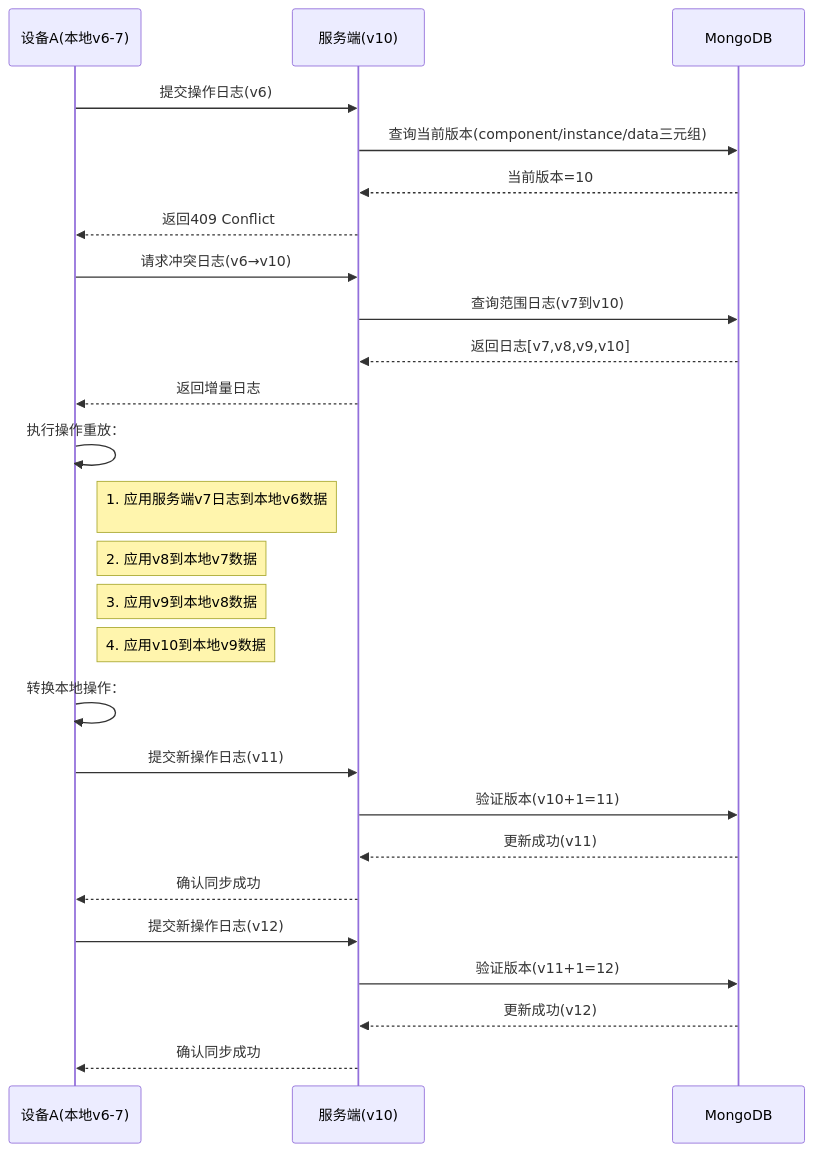
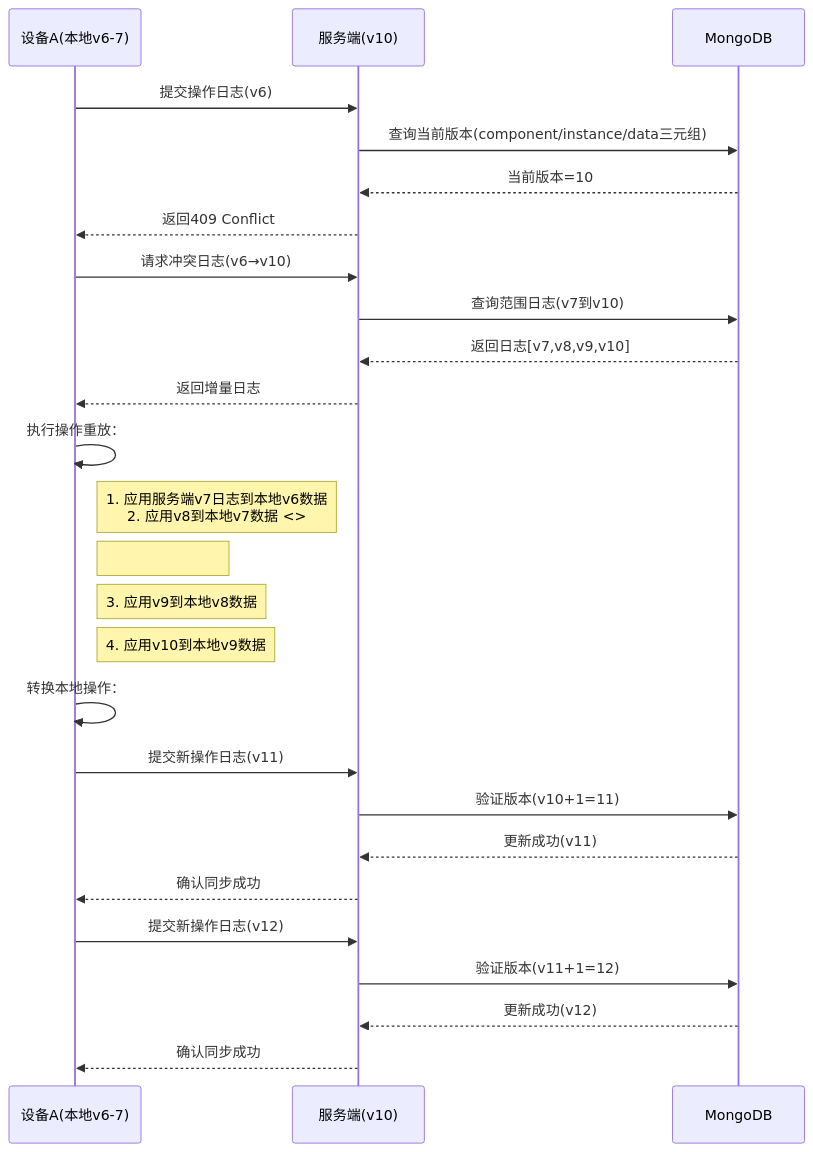
The diagram in all/未命名-26.md (yingjianzh/iodraw-files), drawn with Mermaid before and after one commit.

Commit message:
2025-02-26 16:21:04 update

````diff
--- a/all/未命名-26.md
+++ b/all/未命名-26.md
@@ -1,41 +1,41 @@
 ```mermaid
 sequenceDiagram
     participant A as 设备A(本地v6-7)
     participant S as 服务端(v10)
     participant DB as MongoDB
 
     %% 初始同步尝试
     A->>S: 提交操作日志(v6)
     S->>DB: 查询当前版本(component/instance/data三元组)
     DB-->>S: 当前版本=10
     S-->>A: 返回409 Conflict
 
     %% 冲突解决阶段
     A->>S: 请求冲突日志(v6→v10)
     S->>DB: 查询范围日志(v7到v10)
     DB-->>S: 返回日志[v7,v8,v9,v10]
     S-->>A: 返回增量日志
 
     %% 本地数据重建
     A->>A: 执行操作重放：
-    note right of A: 1. 应用服务端v7日志到本地v6数据 <br> 
-    note right of A: 2. 应用v8到本地v7数据
+    note right of A: 1. 应用服务端v7日志到本地v6数据 <br> 2. 应用v8到本地v7数据 <>
+    note right of A: 
     note right of A: 3. 应用v9到本地v8数据
     note right of A: 4. 应用v10到本地v9数据
 
 
     %% 本地操作转换
     A->>A: 转换本地操作：
     
 
     %% 重新提交
     A->>S: 提交新操作日志(v11)
     S->>DB: 验证版本(v10+1=11)
     DB-->>S: 更新成功(v11)
     S-->>A: 确认同步成功
 
     A->>S: 提交新操作日志(v12)
     S->>DB: 验证版本(v11+1=12)
     DB-->>S: 更新成功(v12)
     S-->>A: 确认同步成功
 ```
````
